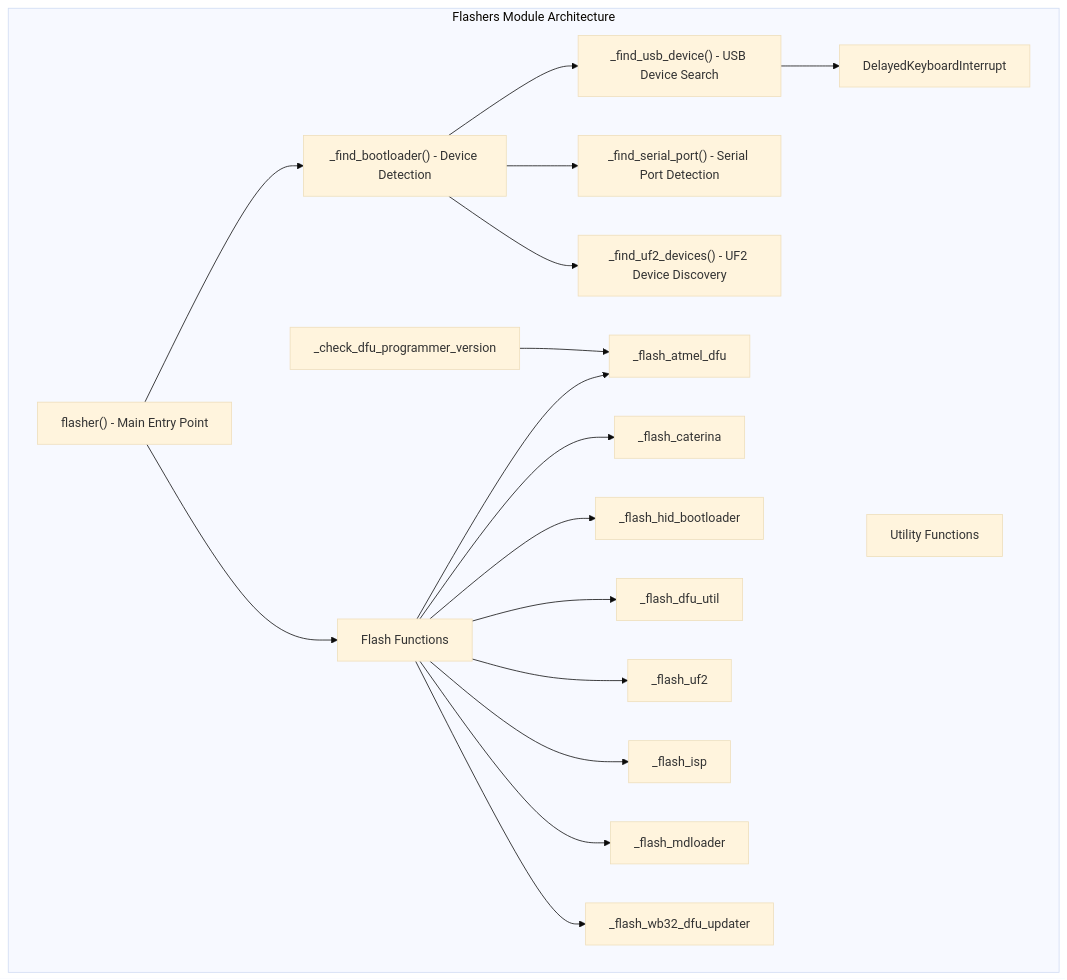
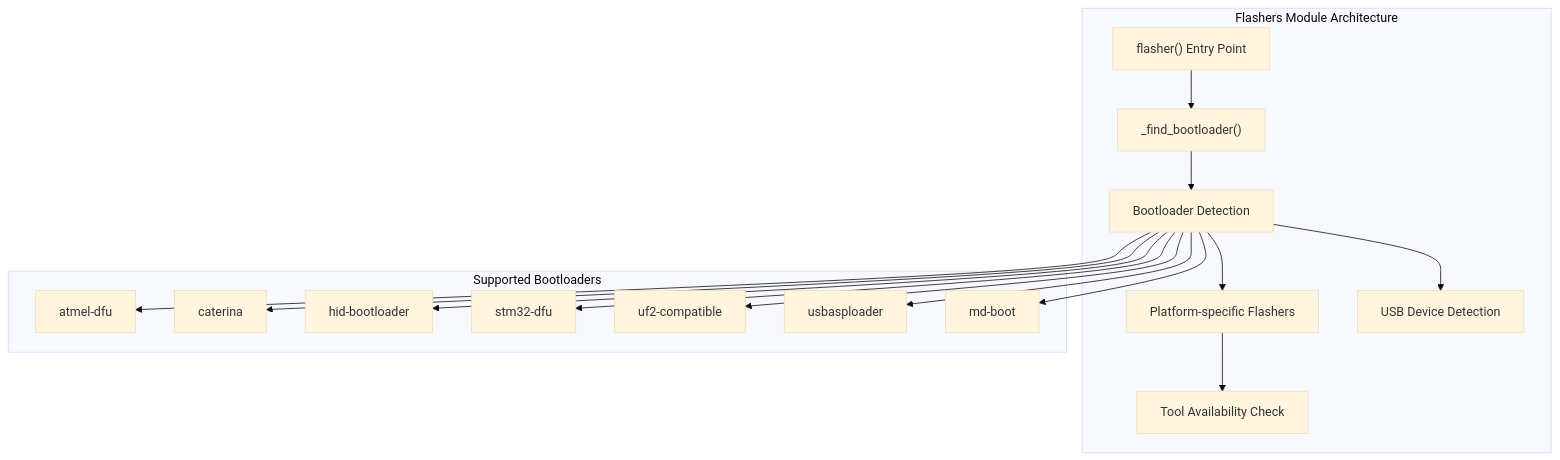
Before and after one commit to FSoft-AI4Code/codewiki-demo: the first of 3 diagrams in docs/qmk--qmk_firmware-docs/flashers.md, drawn with Mermaid (base theme). The commit also changed other lines of this file and 1103 other files, not shown here.

````diff
--- a/docs/qmk--qmk_firmware-docs/flashers.md
+++ b/docs/qmk--qmk_firmware-docs/flashers.md
@@ -18,41 +13,35 @@
 ```mermaid
 graph TB
     subgraph "Flashers Module Architecture"
-        A["flasher() - Main Entry Point"]
-        B["_find_bootloader() - Device Detection"]
-        C["_find_usb_device() - USB Device Search"]
-        D["_find_serial_port() - Serial Port Detection"]
-        E["_find_uf2_devices() - UF2 Device Discovery"]
-        
-        F["Flash Functions"]
-        F1["_flash_atmel_dfu"]
-        F2["_flash_caterina"]
-        F3["_flash_hid_bootloader"]
-        F4["_flash_dfu_util"]
-        F5["_flash_uf2"]
-        F6["_flash_isp"]
-        F7["_flash_mdloader"]
-        F8["_flash_wb32_dfu_updater"]
-        
-        G["Utility Functions"]
-        G1["_check_dfu_programmer_version"]
-        G2["DelayedKeyboardInterrupt"]
+        A["flasher() Entry Point"]
+        B["_find_bootloader()"]
+        C["Bootloader Detection"]
+        D["Platform-specific Flashers"]
+        E["USB Device Detection"]
+        F["Tool Availability Check"]
         
         A --> B
         B --> C
-        B --> D
-        B --> E
-        A --> F
-        F --> F1
-        F --> F2
-        F --> F3
-        F --> F4
-        F --> F5
-        F --> F6
-        F --> F7
-        F --> F8
-        
-        C --> G2
-        G1 --> F1
+        C --> D
+        C --> E
+        D --> F
     end
+    
+    subgraph "Supported Bootloaders"
+        G["atmel-dfu"]
+        H["caterina"]
+        I["hid-bootloader"]
+        J["stm32-dfu"]
+        K["uf2-compatible"]
+        L["usbasploader"]
+        M["md-boot"]
+    end
+    
+    C --> G
+    C --> H
+    C --> I
+    C --> J
+    C --> K
+    C --> L
+    C --> M
 ```
````
